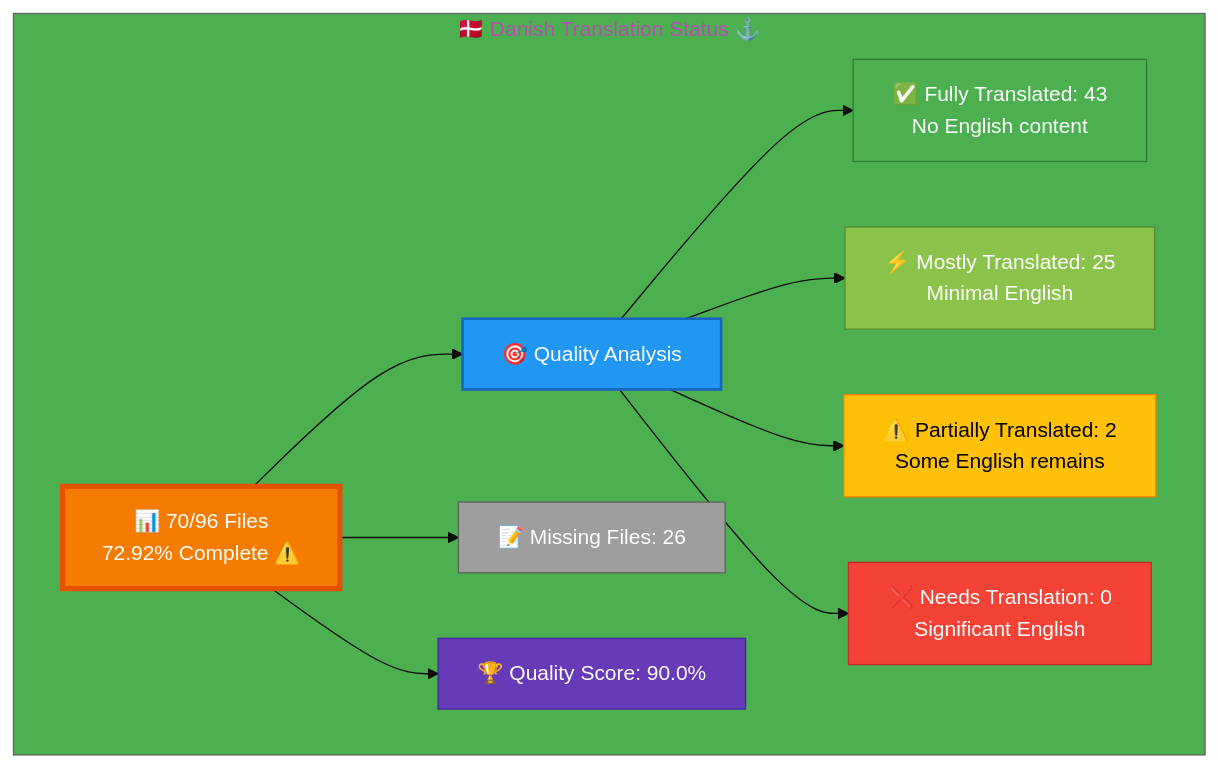
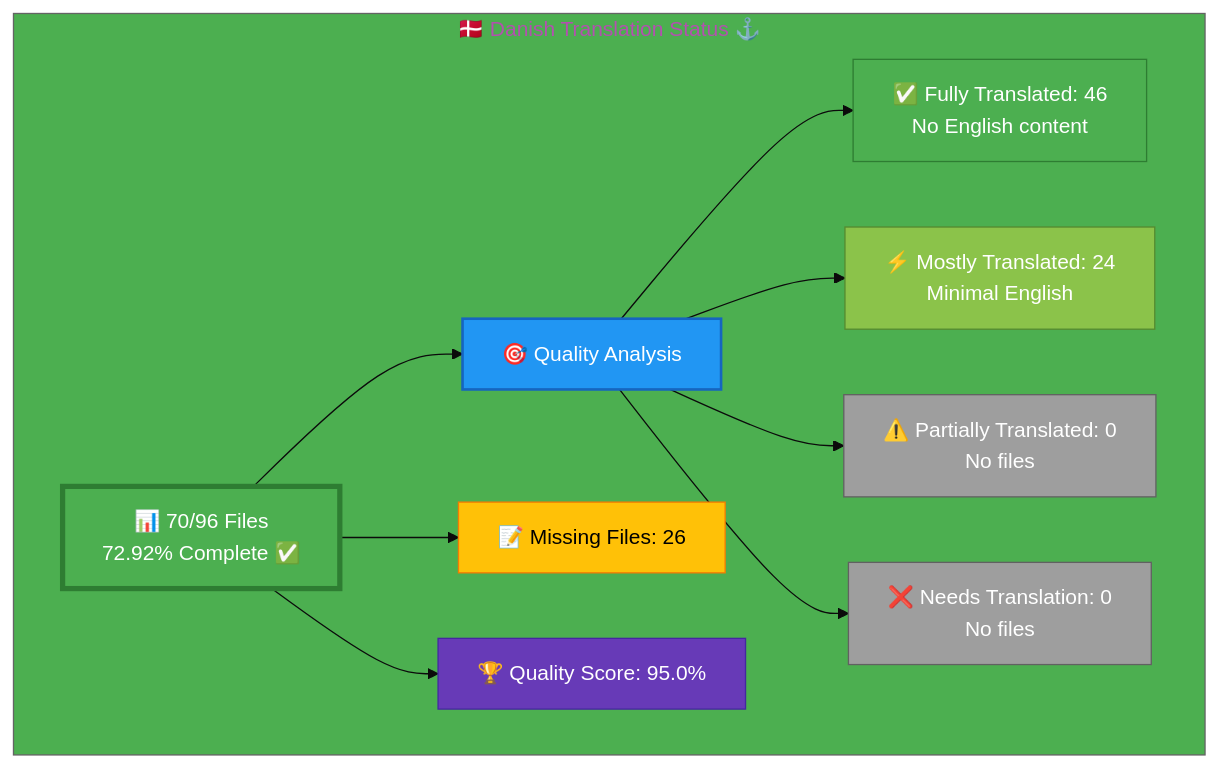
One commit to Hack23/homepage changed the diagram in Danish-Translation-Status.md. Above: the diagram before and after it, drawn with Mermaid. The commit also changed other lines of this file, not shown here.

First line of the commit message:
Complete Danish translation Phase 1: Core pages at 95% quality

````diff
--- a/Danish-Translation-Status.md
+++ b/Danish-Translation-Status.md
@@ -12,26 +26,26 @@
 ```mermaid
-%%{init: {'theme':'base', 'themeVariables': {'primaryColor':'#F57C00','secondaryColor':'#2196F3','tertiaryColor':'#4CAF50','fontSize':'16px'}}}%%
+%%{init: {'theme':'base', 'themeVariables': {'primaryColor':'#4CAF50','secondaryColor':'#2196F3','tertiaryColor':'#4CAF50','fontSize':'16px'}}}%%
 graph TB
     subgraph "🇩🇰 Danish Translation Status ⚓"
-        A["📊 70/96 Files<br/>72.92% Complete ⚠️ "]
+        A["📊 70/96 Files<br/>72.92% Complete ✅ "]
         
         A --> B["🎯 Quality Analysis"]
-        B --> C["✅ Fully Translated: 43<br/>No English content"]
-        B --> D["⚡ Mostly Translated: 25<br/>Minimal English"]
-        B --> E["⚠️  Partially Translated: 2<br/>Some English remains"]
-        B --> F["❌ Needs Translation: 0<br/>Significant English"]
+        B --> C["✅ Fully Translated: 46<br/>No English content"]
+        B --> D["⚡ Mostly Translated: 24<br/>Minimal English"]
+        B --> E["⚠️  Partially Translated: 0<br/>No files"]
+        B --> F["❌ Needs Translation: 0<br/>No files"]
         
         A --> G["📝 Missing Files: 26"]
         
-        A --> H["🏆 Quality Score: 90.0%"]
+        A --> H["🏆 Quality Score: 95.0%"]
         
-        style A fill:#F57C00,stroke:#E65100,color:#fff,stroke-width:4px
+        style A fill:#4CAF50,stroke:#2E7D32,color:#fff,stroke-width:4px
         style B fill:#2196F3,stroke:#1565C0,color:#fff,stroke-width:2px
         style C fill:#4CAF50,stroke:#2E7D32,color:#fff
         style D fill:#8BC34A,stroke:#558B2F,color:#fff
-        style E fill:#FFC107,stroke:#F57C00,color:#000
-        style F fill:#F44336,stroke:#C62828,color:#fff
-        style G fill:#9E9E9E,stroke:#616161,color:#fff
+        style E fill:#9E9E9E,stroke:#616161,color:#fff
+        style F fill:#9E9E9E,stroke:#616161,color:#fff
+        style G fill:#FFC107,stroke:#F57C00,color:#000
         style H fill:#673AB7,stroke:#4527A0,color:#fff
     end
 ```
````
